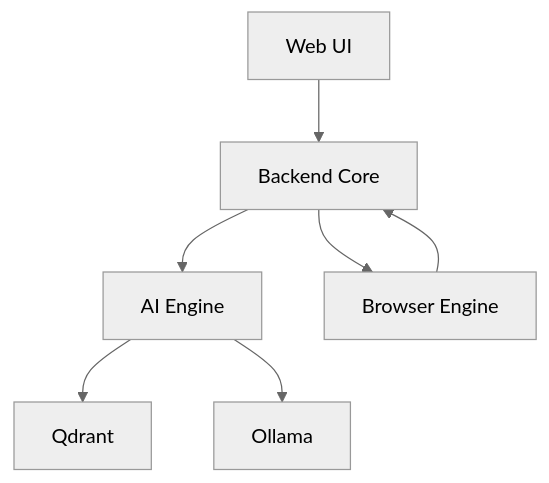
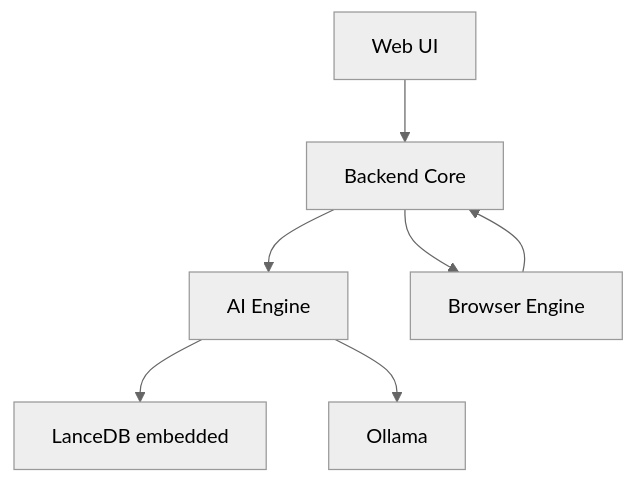
Before and after one commit to berdyh/tab-organizer: the sixth of 6 diagrams in docs/ARCHITECTURE.md, drawn with Mermaid (neutral theme). The commit also changed other lines of this file and 9 other files, not shown here.

First line of the commit message:
docs/scripts: align cleanup with LanceDB-embedded AI Engine

````diff
--- a/docs/ARCHITECTURE.md
+++ b/docs/ARCHITECTURE.md
@@ -440,9 +434,9 @@
 ```mermaid
 graph TD
     UI[Web UI] --> Backend[Backend Core]
     Backend --> AI[AI Engine]
     Backend --> Browser[Browser Engine]
-    AI --> Qdrant[Qdrant]
+    AI --> LanceDB[LanceDB embedded]
     AI --> Ollama[Ollama]
     Browser --> Backend
 ```
````
